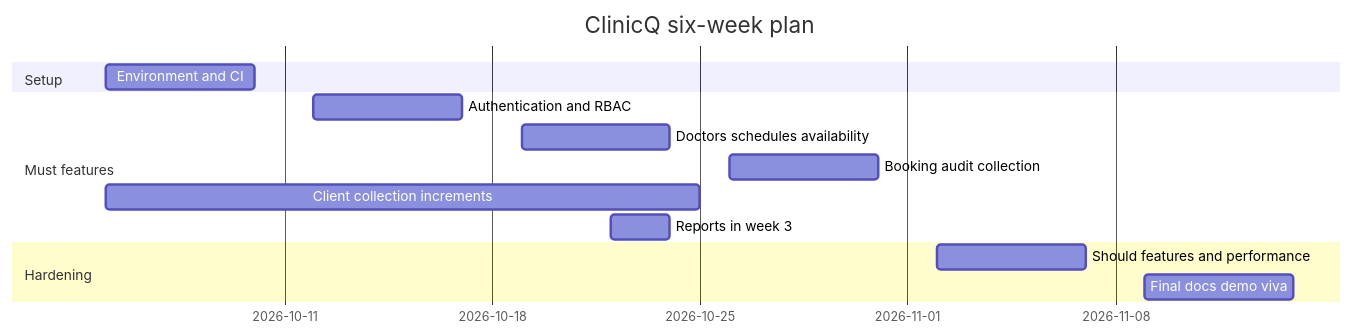
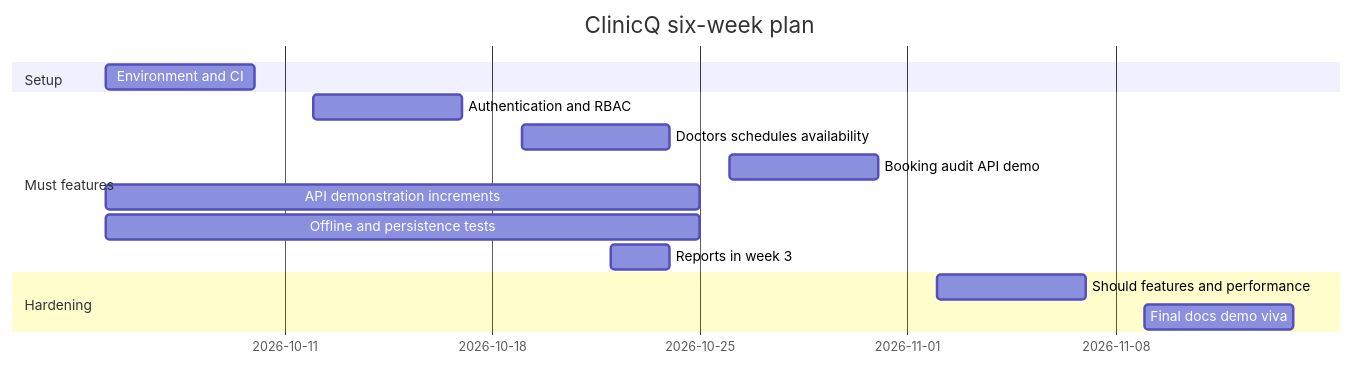
One commit to sukurcf/spec-clinicq-appointment-api changed the diagram in docs/11-milestones-and-deliverables.md. Above: the diagram before and after it, drawn with Mermaid. The commit also changed other lines of this file and 14 other files, not shown here.

````diff
--- a/docs/11-milestones-and-deliverables.md
+++ b/docs/11-milestones-and-deliverables.md
@@ -37,16 +37,17 @@
 ```mermaid
 gantt
   title ClinicQ six-week plan
   dateFormat  YYYY-MM-DD
   section Setup
   Environment and CI           :a1, 2026-10-05, 5d
   section Must features
   Authentication and RBAC       :a2, 2026-10-12, 5d
   Doctors schedules availability:a3, 2026-10-19, 5d
-  Booking audit collection      :a4, 2026-10-26, 5d
-  Client collection increments  :a5, 2026-10-05, 20d
+  Booking audit API demo        :a4, 2026-10-26, 5d
+  API demonstration increments  :a5, 2026-10-05, 20d
+  Offline and persistence tests :a9, 2026-10-05, 20d
   Reports in week 3             :a8, 2026-10-22, 2d
   section Hardening
   Should features and performance:a6, 2026-11-02, 5d
   Final docs demo viva          :a7, 2026-11-09, 5d
 ```
````
